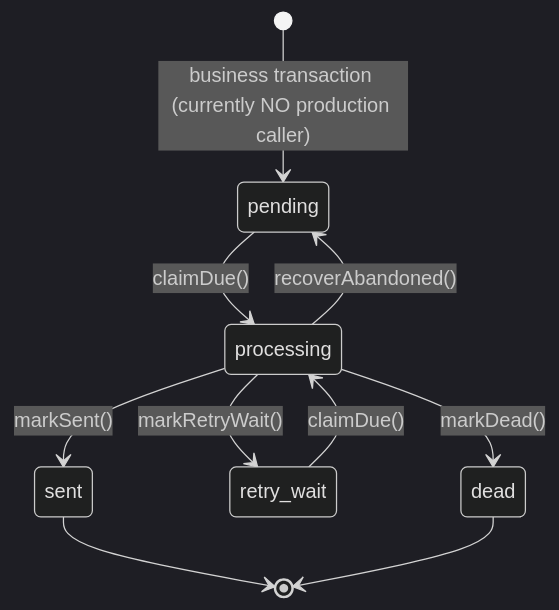
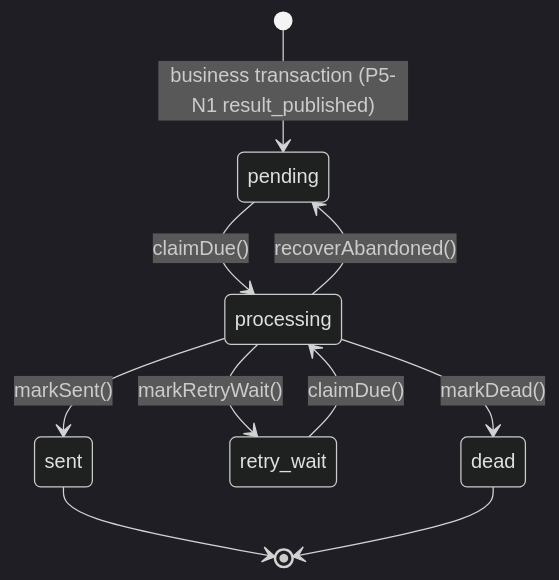
Before and after one commit to jnhu76/exam: the fifth of 5 diagrams in docs/architecture/exam-system/state-and-authority.md, drawn with Mermaid (dark theme). The commit also changed other lines of this file and 16 other files, not shown here.

````diff
--- a/docs/architecture/exam-system/state-and-authority.md
+++ b/docs/architecture/exam-system/state-and-authority.md
@@ -249,12 +249,12 @@
 ```mermaid
 stateDiagram-v2
-    [*] --> pending: business transaction (currently NO production caller)
+    [*] --> pending: business transaction (P5-N1 result_published)
     pending --> processing: claimDue()
     processing --> sent: markSent()
     processing --> retry_wait: markRetryWait()
     processing --> pending: recoverAbandoned()
     retry_wait --> processing: claimDue()
     processing --> dead: markDead()
     sent --> [*]
     dead --> [*]
 ```
````
